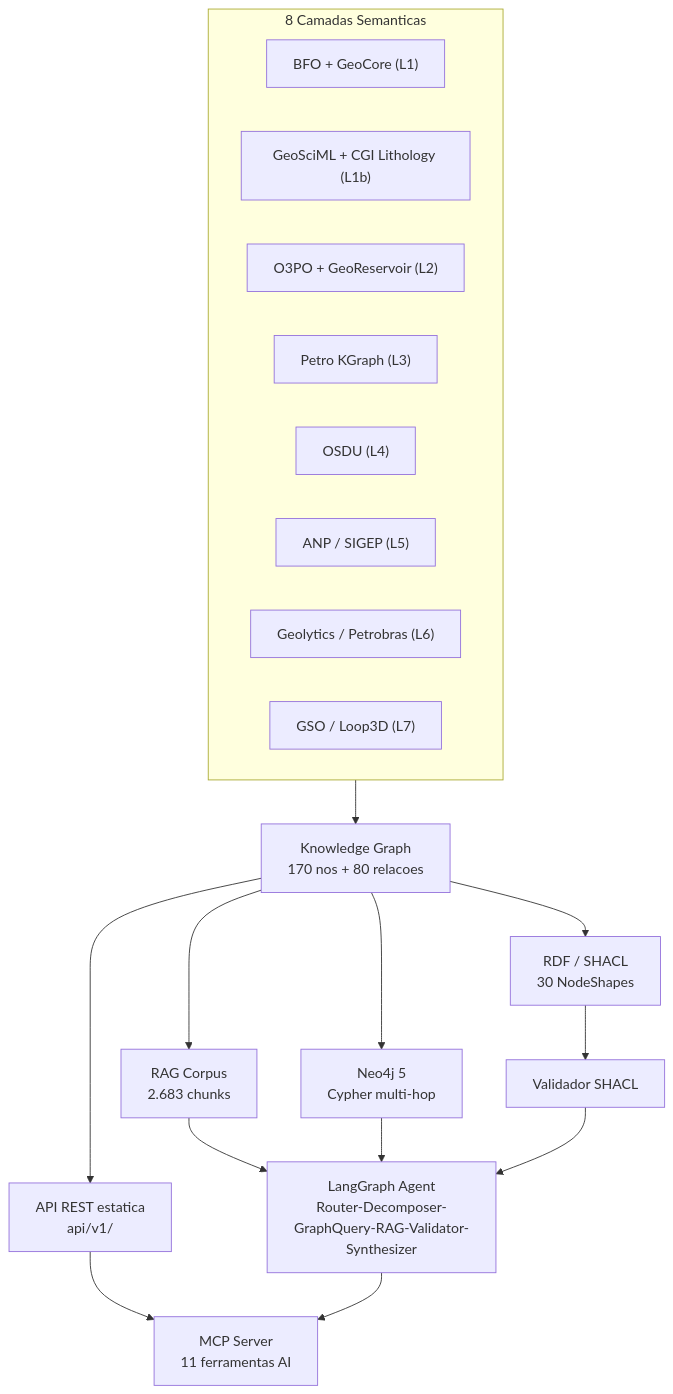
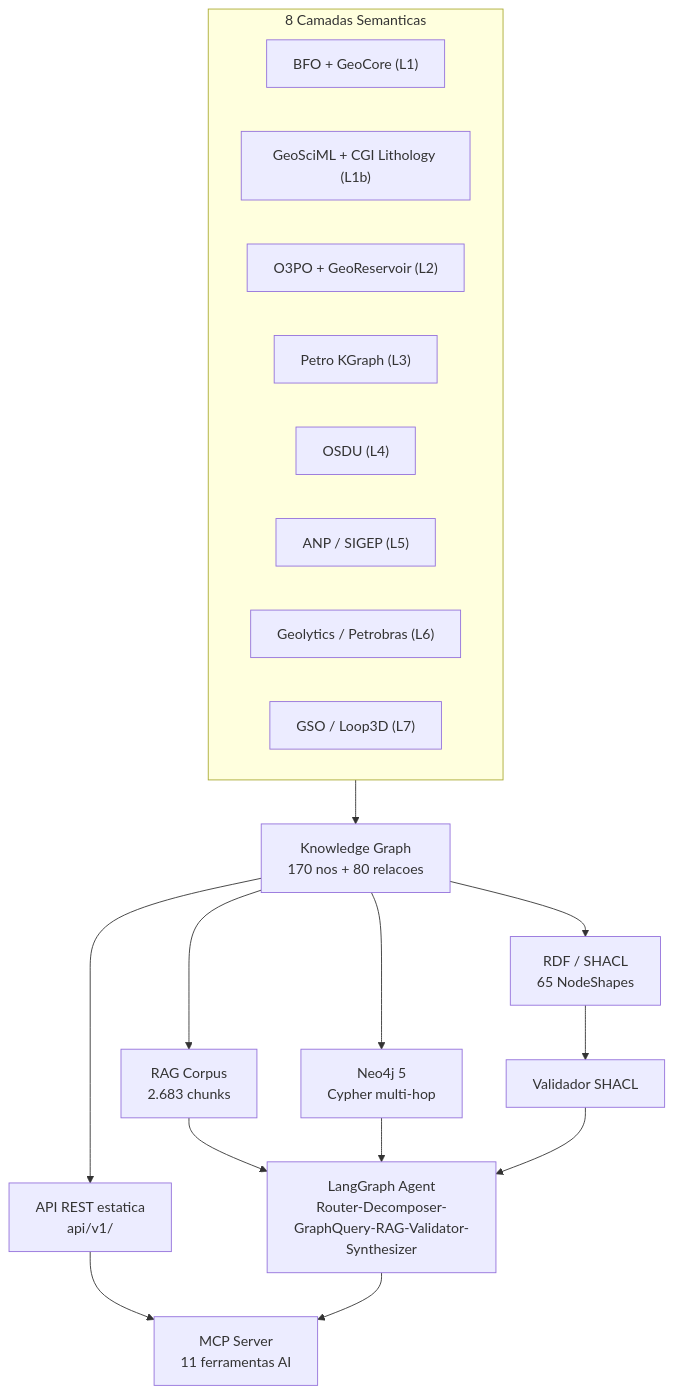
The diagram in README.md (thiagoflc/geolytics-dictionary), drawn with Mermaid before and after one commit. The commit also changed other lines of this file, not shown here.

First line of the commit message:
fix(readme): update stale refs — mcp dir, text2cypher count, NodeShapes count

````diff
--- a/README.md
+++ b/README.md
@@ -25,27 +25,27 @@
 ```mermaid
 graph TD
     subgraph Fontes["8 Camadas Semanticas"]
         L1["BFO + GeoCore (L1)"]
         L1B["GeoSciML + CGI Lithology (L1b)"]
         L2["O3PO + GeoReservoir (L2)"]
         L3["Petro KGraph (L3)"]
         L4["OSDU (L4)"]
         L5["ANP / SIGEP (L5)"]
         L6["Geolytics / Petrobras (L6)"]
         L7["GSO / Loop3D (L7)"]
     end
 
     Fontes --> KG["Knowledge Graph<br/>170 nos + 80 relacoes"]
 
     KG --> API["API REST estatica<br/>api/v1/"]
     KG --> RAG["RAG Corpus<br/>2.683 chunks"]
     KG --> NEO["Neo4j 5<br/>Cypher multi-hop"]
-    KG --> TTL["RDF / SHACL<br/>30 NodeShapes"]
+    KG --> TTL["RDF / SHACL<br/>65 NodeShapes"]
 
     API --> MCP["MCP Server<br/>11 ferramentas AI"]
     RAG --> AGENT["LangGraph Agent<br/>Router-Decomposer-GraphQuery-RAG-Validator-Synthesizer"]
     NEO --> AGENT
     TTL --> SHACL["Validador SHACL"]
     SHACL --> AGENT
     AGENT --> MCP
 ```
````
